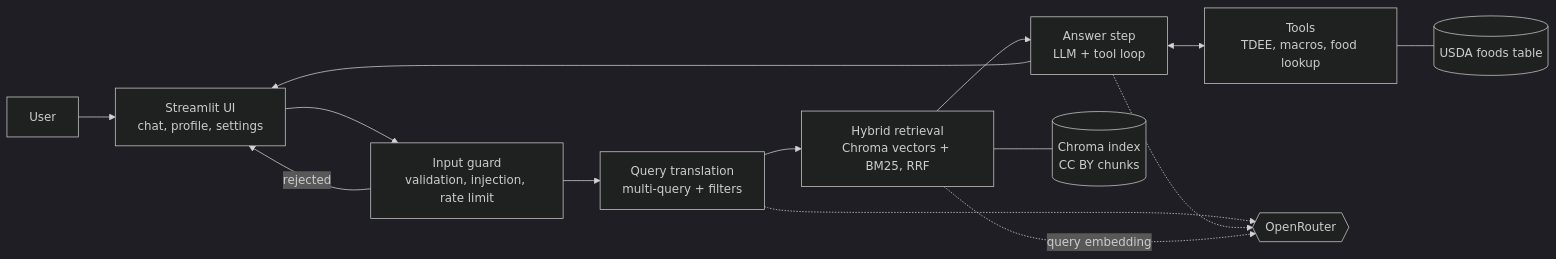
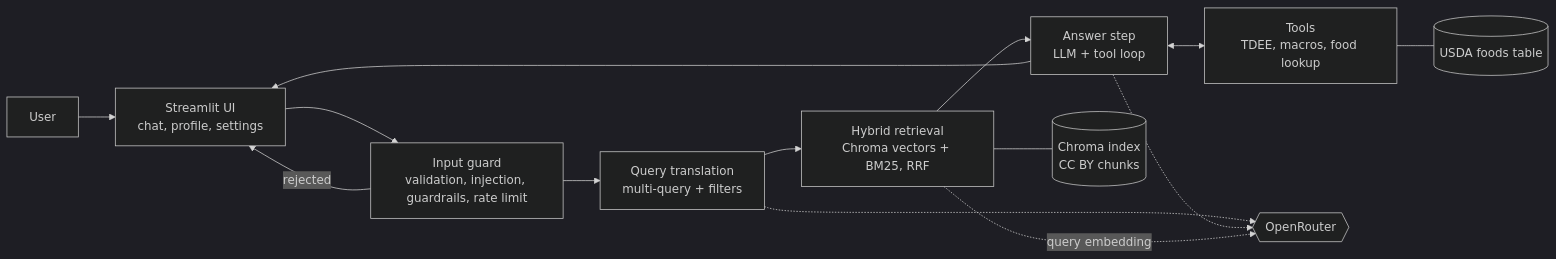
One commit to NMH1988/fitcoach-ai-assistant changed the diagram in docs/ARCHITECTURE.md. Above: the diagram before and after it, drawn with Mermaid (dark theme). The commit also changed other lines of this file and 12 other files, not shown here.

````diff
--- a/docs/ARCHITECTURE.md
+++ b/docs/ARCHITECTURE.md
@@ -9,16 +9,16 @@
 ```mermaid
 flowchart LR
     U[User] --> UI[Streamlit UI<br/>chat, profile, settings]
-    UI --> G[Input guard<br/>validation, injection, rate limit]
+    UI --> G[Input guard<br/>validation, injection, guardrails, rate limit]
     G -->|rejected| UI
     G --> QT[Query translation<br/>multi-query + filters]
     QT --> HR[Hybrid retrieval<br/>Chroma vectors + BM25, RRF]
     HR --> AG[Answer step<br/>LLM + tool loop]
     AG <--> T[Tools<br/>TDEE, macros, food lookup]
     T --- USDA[(USDA foods table)]
     HR --- KB[(Chroma index<br/>CC BY chunks)]
     AG --> UI
     QT -.-> OR{{OpenRouter}}
     AG -.-> OR
     HR -.->|query embedding| OR
 ```
````
